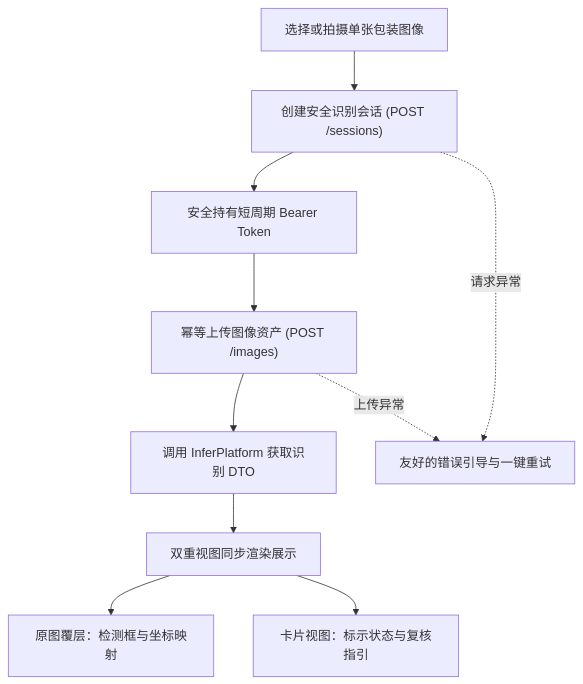
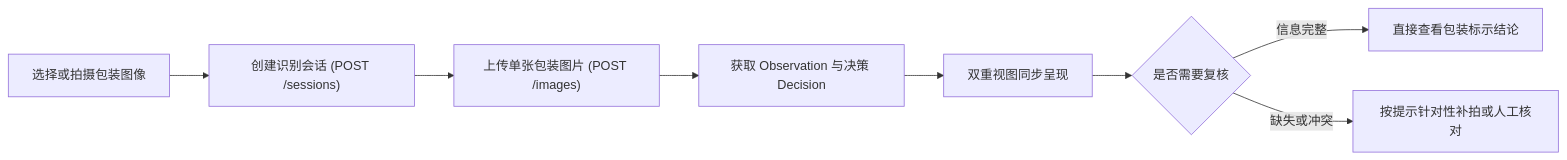
One commit to QingMouFoodDate/WebClient changed the diagram in README.md. Above: the diagram before and after it, drawn with Mermaid. The commit also changed other lines of this file, not shown here.

````diff
--- a/README.md
+++ b/README.md
@@ -39,12 +39,10 @@
 ```mermaid
-flowchart TD
-    A["选择或拍摄单张包装图像"] --> B["创建安全识别会话 (POST /sessions)"]
-    B --> C["安全持有短周期 Bearer Token"]
-    C --> D["幂等上传图像资产 (POST /images)"]
-    D --> E["调用 InferPlatform 获取识别 DTO"]
-    E --> F["双重视图同步渲染展示"]
-    F --> G["原图覆层：检测框与坐标映射"]
-    F --> H["卡片视图：标示状态与复核指引"]
-    B -.请求异常.-> I["友好的错误引导与一键重试"]
-    D -.上传异常.-> I
+flowchart LR
+    A["选择或拍摄包装图像"] --> B["创建识别会话 (POST /sessions)"]
+    B --> C["上传单张包装图片 (POST /images)"]
+    C --> D["获取 Observation 与决策 Decision"]
+    D --> E["双重视图同步呈现"]
+    E --> F{"是否需要复核"}
+    F -->|信息完整| G["直接查看包装标示结论"]
+    F -->|缺失或冲突| H["按提示针对性补拍或人工核对"]
 ```
````
